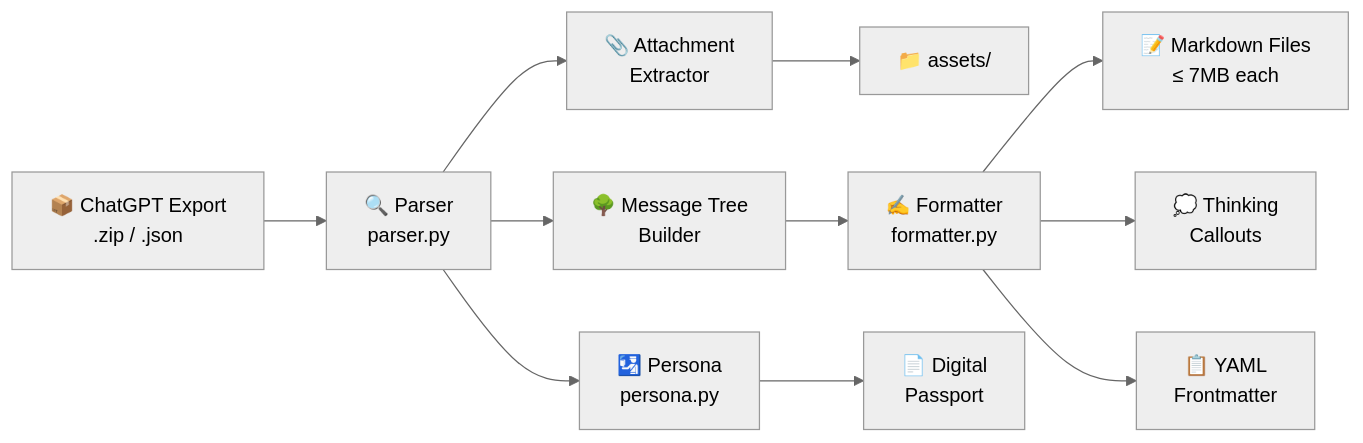
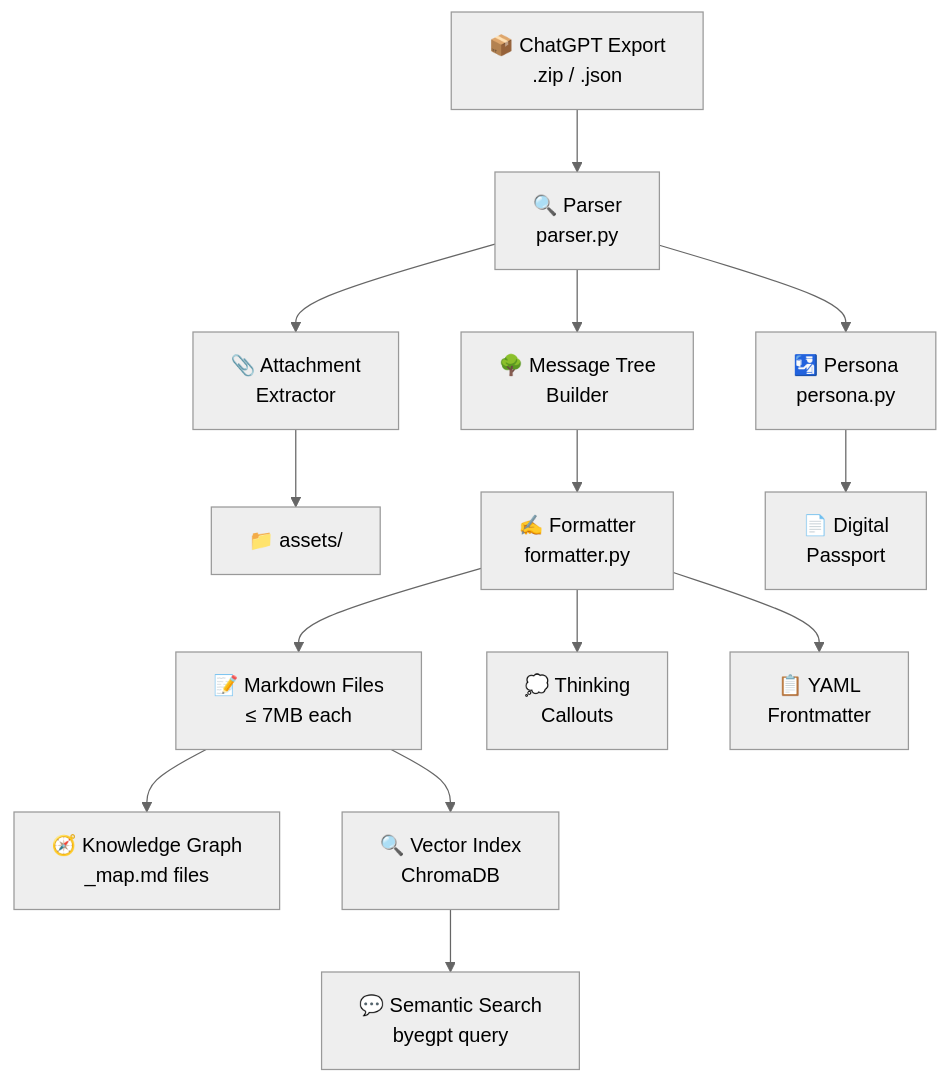
Before and after one commit to dhuzard/byeGPT: the diagram in README.md, drawn with Mermaid (neutral theme). The commit also changed other lines of this file and 8 other files, not shown here.

````diff
--- a/README.md
+++ b/README.md
@@ -111,13 +138,16 @@
 ```mermaid
-graph LR
+graph TD
     A["📦 ChatGPT Export<br/>.zip / .json"] --> B["🔍 Parser<br/>parser.py"]
     B --> C["📎 Attachment<br/>Extractor"]
     B --> D["🌳 Message Tree<br/>Builder"]
     C --> E["📁 assets/"]
     D --> F["✍️ Formatter<br/>formatter.py"]
     F --> G["📝 Markdown Files<br/>≤ 7MB each"]
+    G --> G1["🧭 Knowledge Graph<br/>_map.md files"]
+    G --> G2["🔍 Vector Index<br/>ChromaDB"]
+    G2 --> G3["💬 Semantic Search<br/>byegpt query"]
     F --> H["💭 Thinking<br/>Callouts"]
     F --> I["📋 YAML<br/>Frontmatter"]
     B --> J["🛂 Persona<br/>persona.py"]
     J --> K["📄 Digital<br/>Passport"]
 ```
````
